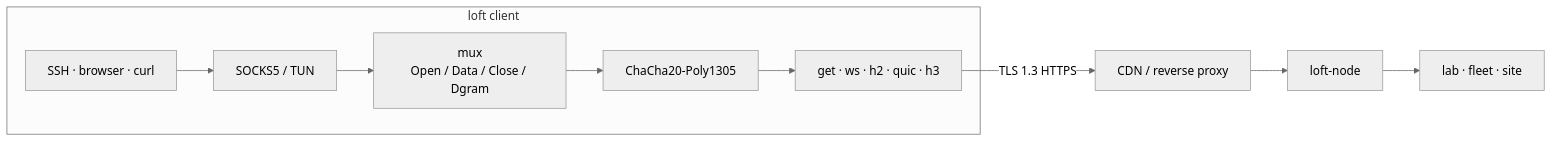
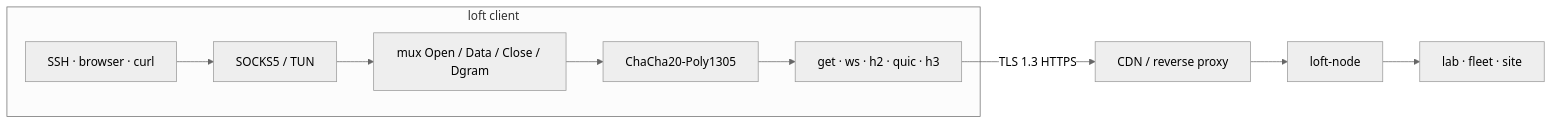
The diagram in README.md (a3app/loft), drawn with Mermaid (neutral theme) before and after one commit. The commit also changed 5 other files, not shown here.

First line of the commit message:
docs: mermaid labels without HTML so GitHub can render

````diff
--- a/README.md
+++ b/README.md
@@ -60,11 +60,12 @@
 ```mermaid
 flowchart LR
     subgraph Client["loft client"]
         App["SSH · browser · curl"] --> In["SOCKS5 / TUN"]
-        In --> Mux["mux<br/>Open / Data / Close / Dgram"]
+        In --> Mux["mux Open / Data / Close / Dgram"]
         Mux --> Seal["ChaCha20-Poly1305"]
         Seal --> Front["get · ws · h2 · quic · h3"]
     end
-    Front -- "TLS 1.3 HTTPS" --> Edge["CDN / reverse proxy"] --> Node["loft-node"]
+    Front -->|"TLS 1.3 HTTPS"| Edge["CDN / reverse proxy"]
+    Edge --> Node["loft-node"]
     Node --> Dest["lab · fleet · site"]
 ```
````
